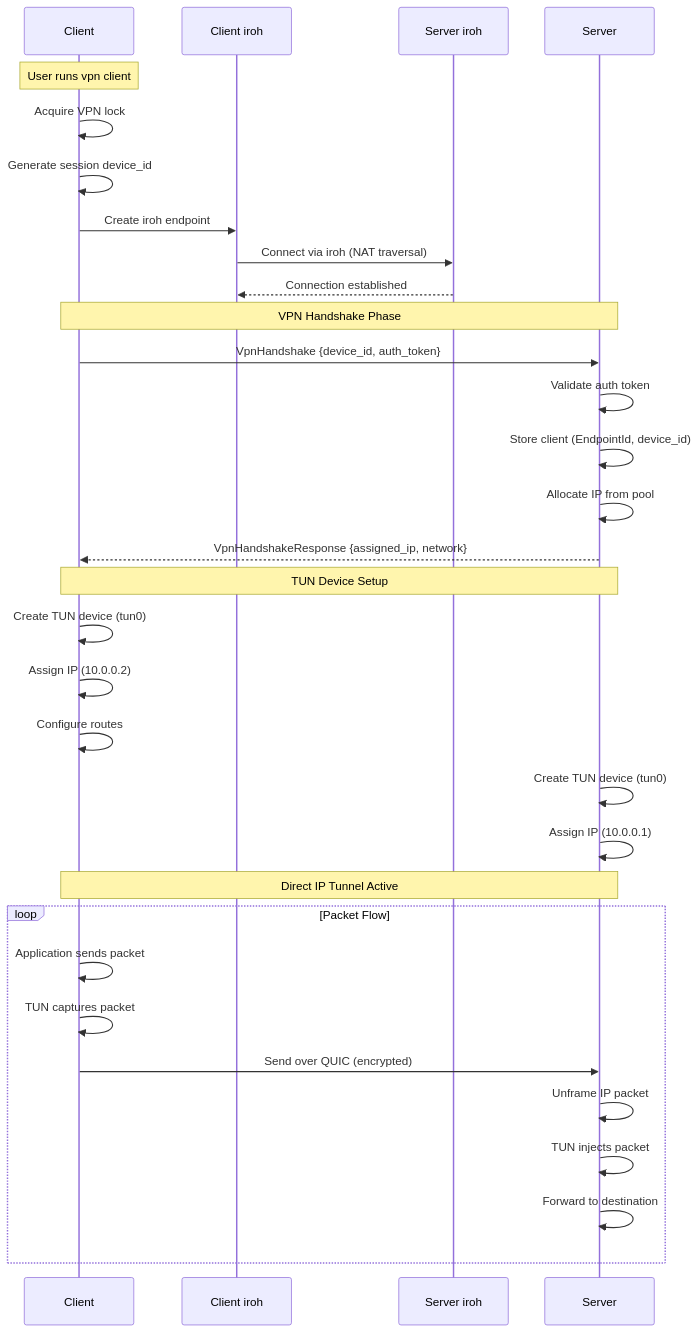
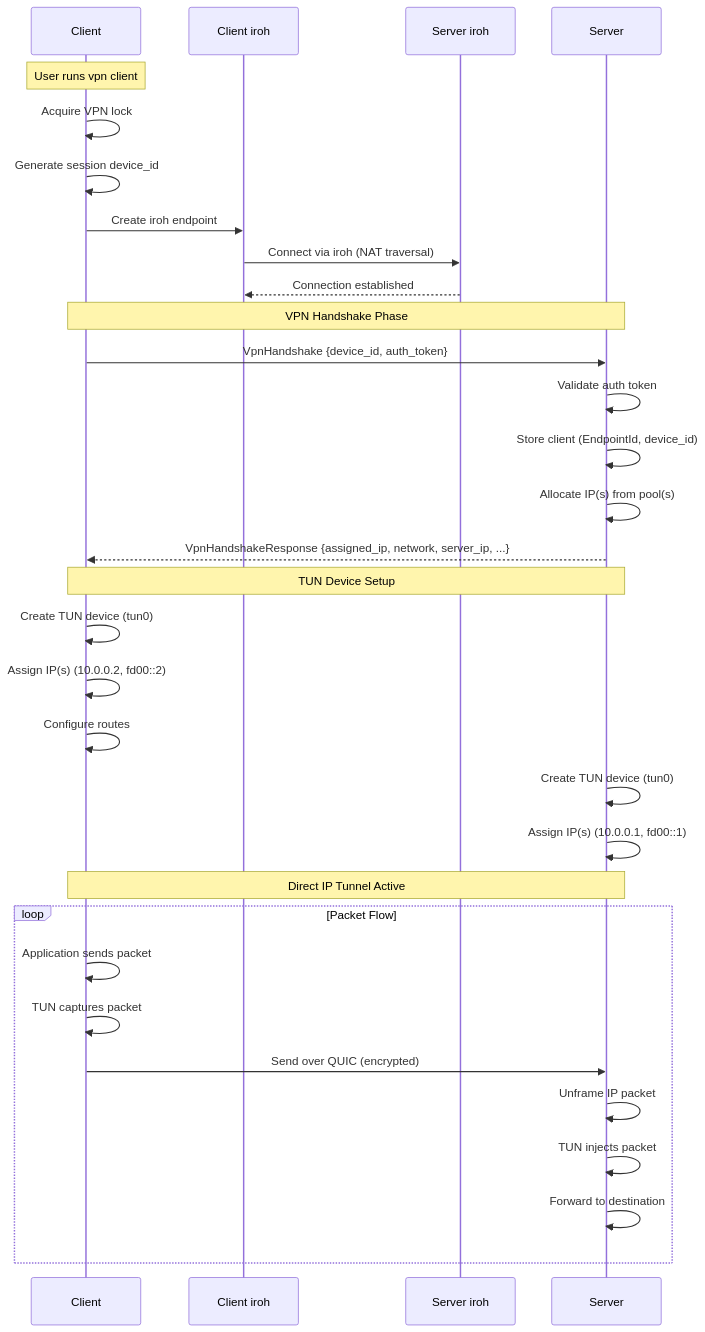
One commit to andrewtheguy/vpn-rs changed the third of 8 diagrams in docs/ARCHITECTURE-VPN.md. Above: the diagram before and after it, drawn with Mermaid. The commit also changed other lines of this file, not shown here.

Commit message:
Enhance VpnHandshakeResponse documentation to include dual-stack field details and clarify IP allocation process

````diff
--- a/docs/ARCHITECTURE-VPN.md
+++ b/docs/ARCHITECTURE-VPN.md
@@ -76,39 +76,39 @@
 ```mermaid
 sequenceDiagram
     participant C as Client
     participant CI as Client iroh
     participant SI as Server iroh
     participant S as Server
 
     Note over C: User runs vpn client
     C->>C: Acquire VPN lock
     C->>C: Generate session device_id
     C->>CI: Create iroh endpoint
 
     CI->>SI: Connect via iroh (NAT traversal)
     SI-->>CI: Connection established
 
     Note over C,S: VPN Handshake Phase
     C->>S: VpnHandshake {device_id, auth_token}
     S->>S: Validate auth token
     S->>S: Store client (EndpointId, device_id)
-    S->>S: Allocate IP from pool
-    S-->>C: VpnHandshakeResponse {assigned_ip, network}
+    S->>S: Allocate IP(s) from pool(s)
+    S-->>C: VpnHandshakeResponse {assigned_ip, network, server_ip, ...}
 
     Note over C,S: TUN Device Setup
     C->>C: Create TUN device (tun0)
-    C->>C: Assign IP (10.0.0.2)
+    C->>C: Assign IP(s) (10.0.0.2, fd00::2)
     C->>C: Configure routes
     S->>S: Create TUN device (tun0)
-    S->>S: Assign IP (10.0.0.1)
+    S->>S: Assign IP(s) (10.0.0.1, fd00::1)
 
     Note over C,S: Direct IP Tunnel Active
     loop Packet Flow
         C->>C: Application sends packet
         C->>C: TUN captures packet
         C->>S: Send over QUIC (encrypted)
         S->>S: Unframe IP packet
         S->>S: TUN injects packet
         S->>S: Forward to destination
     end
 ```
````
